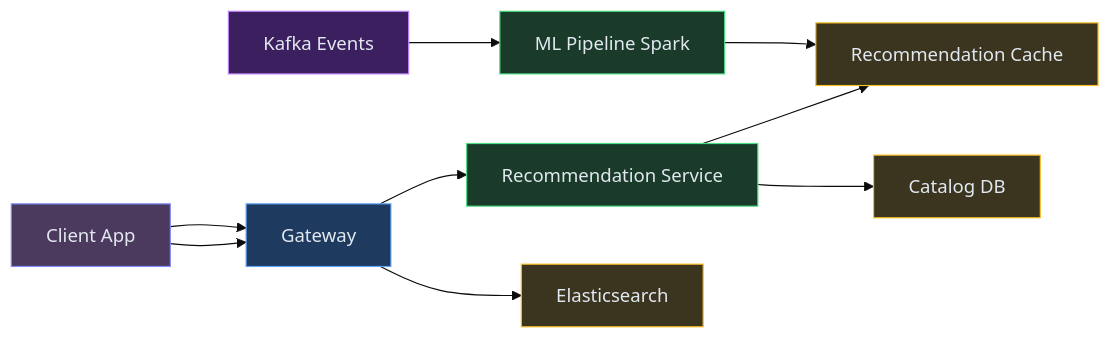
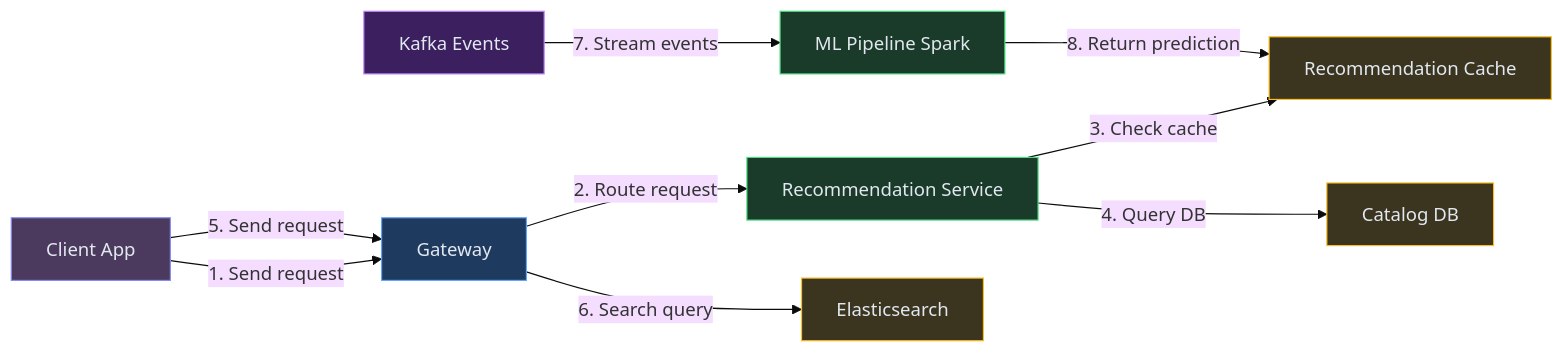
One commit to iluzn/HLD-Designs changed the fourth of 10 diagrams in content/hld/Netflix.md. Above: the diagram before and after it, drawn with Mermaid (base theme). The commit also changed other lines of this file and 27 other files, not shown here.

````diff
--- a/content/hld/Netflix.md
+++ b/content/hld/Netflix.md
@@ -303,26 +303,26 @@
 ```mermaid
 flowchart LR
     TV["Client App"]:::client
     GW["Gateway"]:::edge
     RS["Recommendation Service"]:::service
     RC["Recommendation Cache"]:::data
     KF["Kafka Events"]:::async
     ML["ML Pipeline Spark"]:::service
     ES["Elasticsearch"]:::data
     CAT["Catalog DB"]:::data
 
-    TV --> GW
-    GW --> RS
-    RS --> RC
-    RS --> CAT
-    TV --> GW
-    GW --> ES
-    KF --> ML
-    ML --> RC
+    TV -->|"1. Send request"| GW
+    GW -->|"2. Route request"| RS
+    RS -->|"3. Check cache"| RC
+    RS -->|"4. Query DB"| CAT
+    TV -->|"5. Send request"| GW
+    GW -->|"6. Search query"| ES
+    KF -->|"7. Stream events"| ML
+    ML -->|"8. Return prediction"| RC
 
     classDef client fill:#4c3a5e,stroke:#818cf8,color:#e2e8f0
     classDef edge fill:#1e3a5f,stroke:#60a5fa,color:#e2e8f0
     classDef service fill:#1a3a2a,stroke:#4ade80,color:#e2e8f0
     classDef async fill:#3b1f5e,stroke:#c084fc,color:#e2e8f0
     classDef data fill:#3b3520,stroke:#fbbf24,color:#e2e8f0
 ```
````
